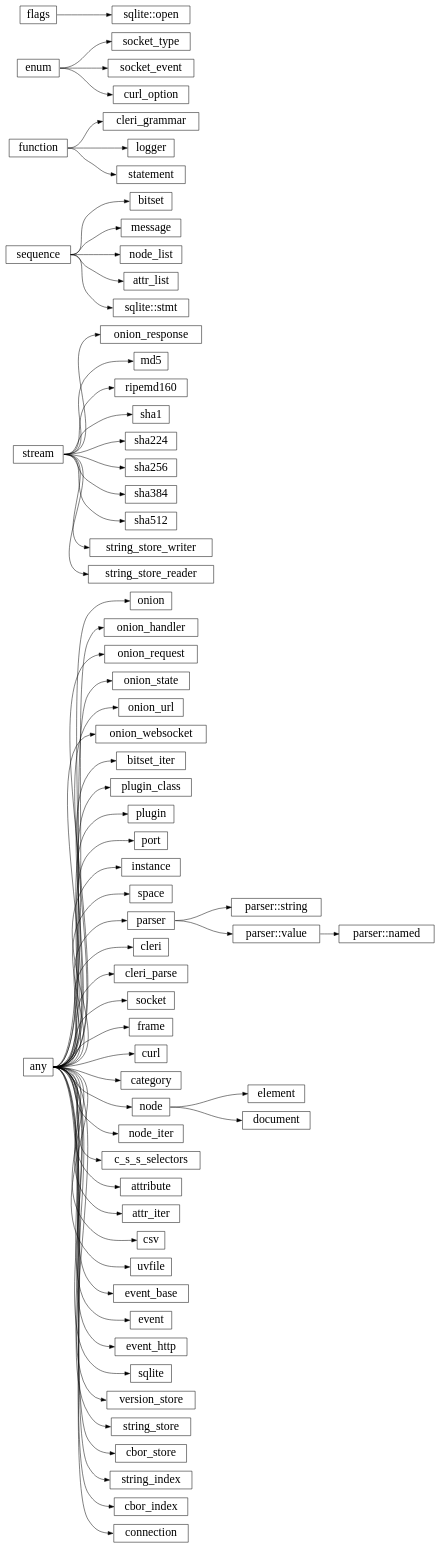
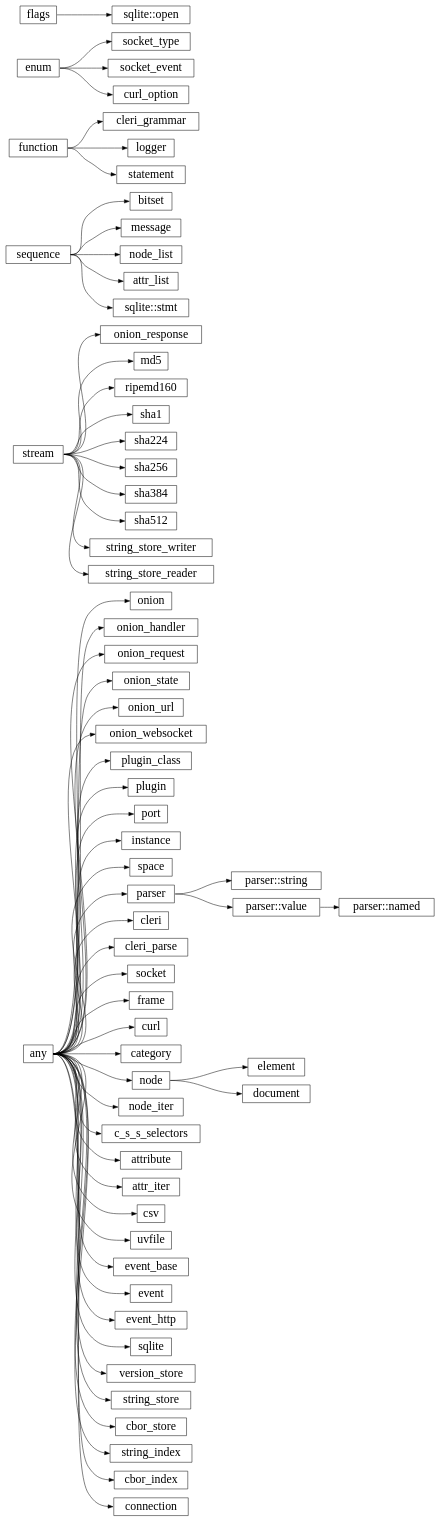
Before and after one commit to wrapl/minilang-libs: the diagram in docs/library/hierarchy.rst, drawn with Graphviz. The commit also changed 13 other files, not shown here.

```diff
--- a/docs/library/hierarchy.rst
+++ b/docs/library/hierarchy.rst
@@ -5,74 +5,73 @@
 .. graphviz::
 
    digraph hierarchy {
       rankdir="LR";
       fontsize="40pt"
       concentrate=true;
       overlap=false;
       packMode="node";
       outputorder="edgesfirst";
       node [shape=box,fontsize=24];
       "any":e -> "onion":w;
       "any":e -> "onion_handler":w;
       "any":e -> "onion_request":w;
       "stream":e -> "onion_response":w;
       "any":e -> "onion_state":w;
       "any":e -> "onion_url":w;
       "any":e -> "onion_websocket":w;
       "sequence":e -> "bitset":w;
-      "any":e -> "bitset_iter":w;
       "any":e -> "plugin_class":w;
       "any":e -> "plugin":w;
       "any":e -> "port":w;
       "any":e -> "instance":w;
       "any":e -> "space":w;
       "any":e -> "parser":w;
       "parser":e -> "parser::string":w;
       "parser":e -> "parser::value":w;
       "parser::value":e -> "parser::named":w;
       "any":e -> "cleri":w;
       "any":e -> "cleri_parse":w;
       "function":e -> "cleri_grammar":w;
       "any":e -> "socket":w;
       "enum":e -> "socket_type":w;
       "enum":e -> "socket_event":w;
       "any":e -> "frame":w;
       "sequence":e -> "message":w;
       "any":e -> "curl":w;
       "enum":e -> "curl_option":w;
       "function":e -> "logger":w;
       "any":e -> "category":w;
       "any":e -> "node":w;
       "sequence":e -> "node_list":w;
       "any":e -> "node_iter":w;
       "any":e -> "c_s_s_selectors":w;
       "node":e -> "element":w;
       "any":e -> "attribute":w;
       "sequence":e -> "attr_list":w;
       "any":e -> "attr_iter":w;
       "node":e -> "document":w;
       "any":e -> "csv":w;
       "any":e -> "uvfile":w;
       "any":e -> "event_base":w;
       "any":e -> "event":w;
       "any":e -> "event_http":w;
       "stream":e -> "md5":w;
       "stream":e -> "ripemd160":w;
       "stream":e -> "sha1":w;
       "stream":e -> "sha224":w;
       "stream":e -> "sha256":w;
       "stream":e -> "sha384":w;
       "stream":e -> "sha512":w;
       "flags":e -> "sqlite::open":w;
       "any":e -> "sqlite":w;
       "sequence":e -> "sqlite::stmt":w;
       "any":e -> "version_store":w;
       "any":e -> "string_store":w;
       "stream":e -> "string_store_writer":w;
       "stream":e -> "string_store_reader":w;
       "any":e -> "cbor_store":w;
       "any":e -> "string_index":w;
       "any":e -> "cbor_index":w;
       "any":e -> "connection":w;
       "function":e -> "statement":w;
    }
```
